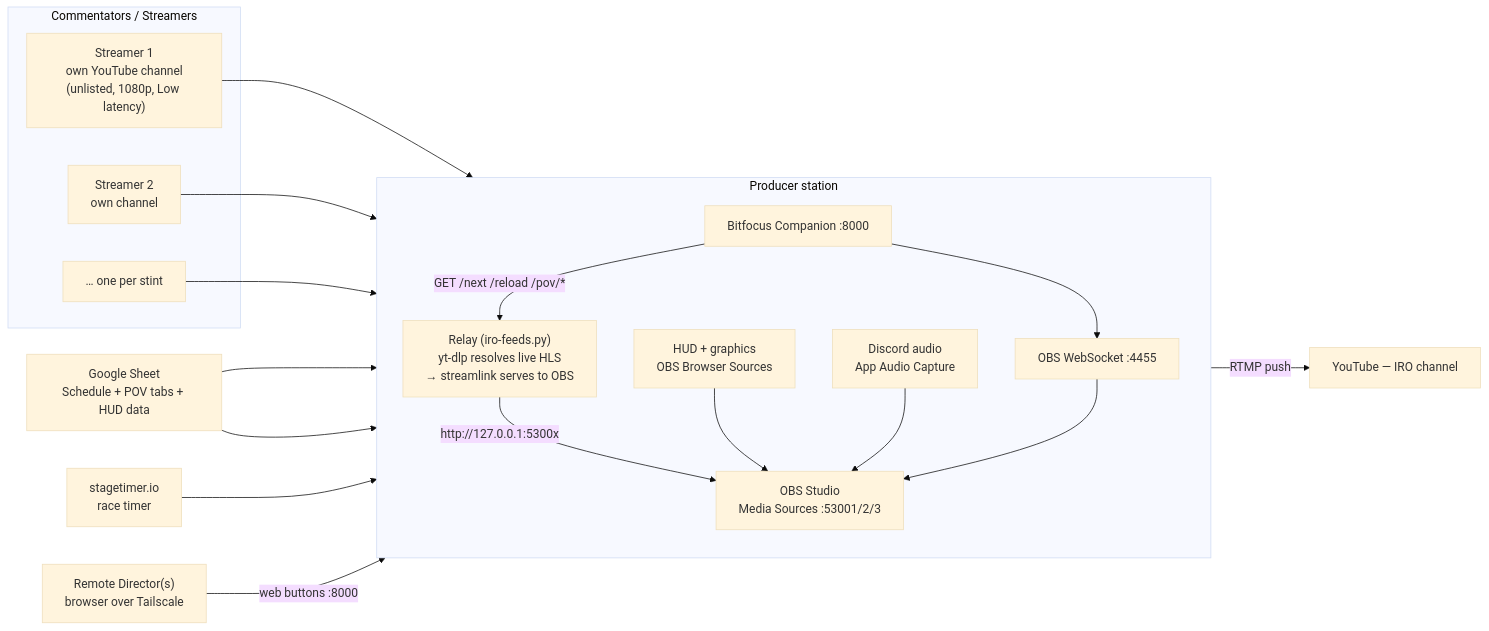
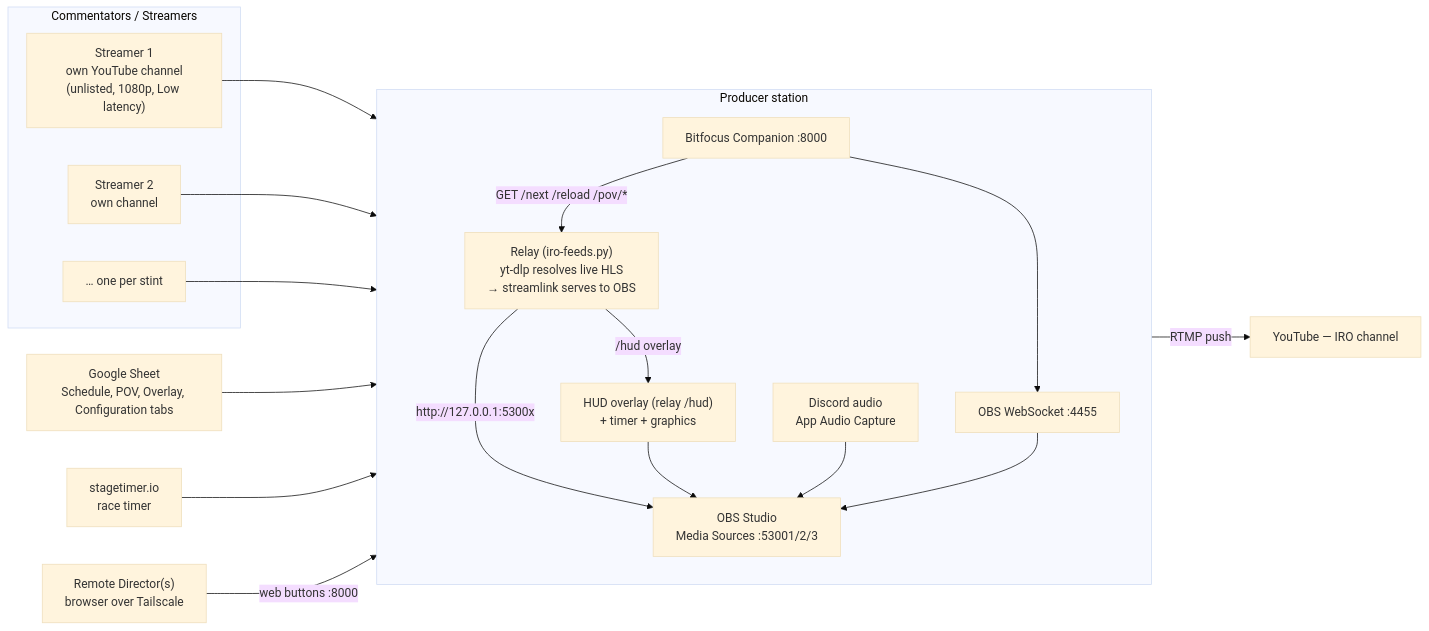
The first of 4 diagrams in src/docs/wiki/Architecture.md (jegr78/gt-endurance-racing-broadcast), drawn with Mermaid (base theme) before and after one commit. The commit also changed other lines of this file and 6 other files, not shown here.

First line of the commit message:
docs(wiki): reflect the relay-served HUD overlay

````diff
--- a/src/docs/wiki/Architecture.md
+++ b/src/docs/wiki/Architecture.md
@@ -26,37 +26,37 @@
 ```mermaid
 flowchart LR
   subgraph Streamers["Commentators / Streamers"]
     S1["Streamer 1<br/>own YouTube channel<br/>(unlisted, 1080p, Low latency)"]
     S2["Streamer 2<br/>own channel"]
     Sn["… one per stint"]
   end
 
   subgraph Producer["Producer station"]
     direction TB
     RELAY["Relay (iro-feeds.py)<br/>yt-dlp resolves live HLS<br/>→ streamlink serves to OBS"]
     OBS["OBS Studio<br/>Media Sources :53001/2/3"]
-    HUD["HUD + graphics<br/>OBS Browser Sources"]
+    HUD["HUD overlay (relay /hud)<br/>+ timer + graphics"]
     DISC["Discord audio<br/>App Audio Capture"]
     WS["OBS WebSocket :4455"]
     COMP["Bitfocus Companion :8000"]
   end
 
-  SHEET["Google Sheet<br/>Schedule + POV tabs + HUD data"]
+  SHEET["Google Sheet<br/>Schedule, POV, Overlay, Configuration tabs"]
   TIMER["stagetimer.io<br/>race timer"]
   YT["YouTube — IRO channel"]
   DIR["Remote Director(s)<br/>browser over Tailscale"]
 
   S1 --> RELAY
   S2 --> RELAY
   Sn --> RELAY
   RELAY -->|"http://127.0.0.1:5300x"| OBS
   SHEET --> RELAY
-  SHEET --> HUD
+  RELAY -->|"/hud overlay"| HUD
   TIMER --> HUD
   HUD --> OBS
   DISC --> OBS
   OBS -->|RTMP push| YT
   COMP --> WS --> OBS
   COMP -->|"GET /next /reload /pov/*"| RELAY
   DIR -->|"web buttons :8000"| COMP
 ```
````
